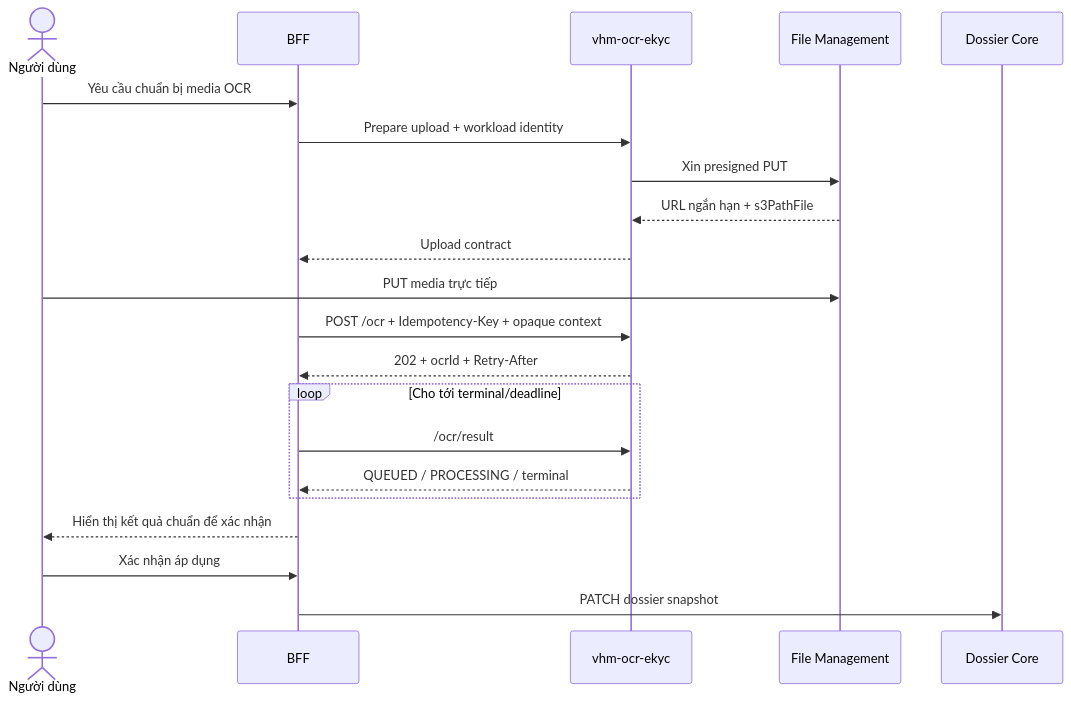
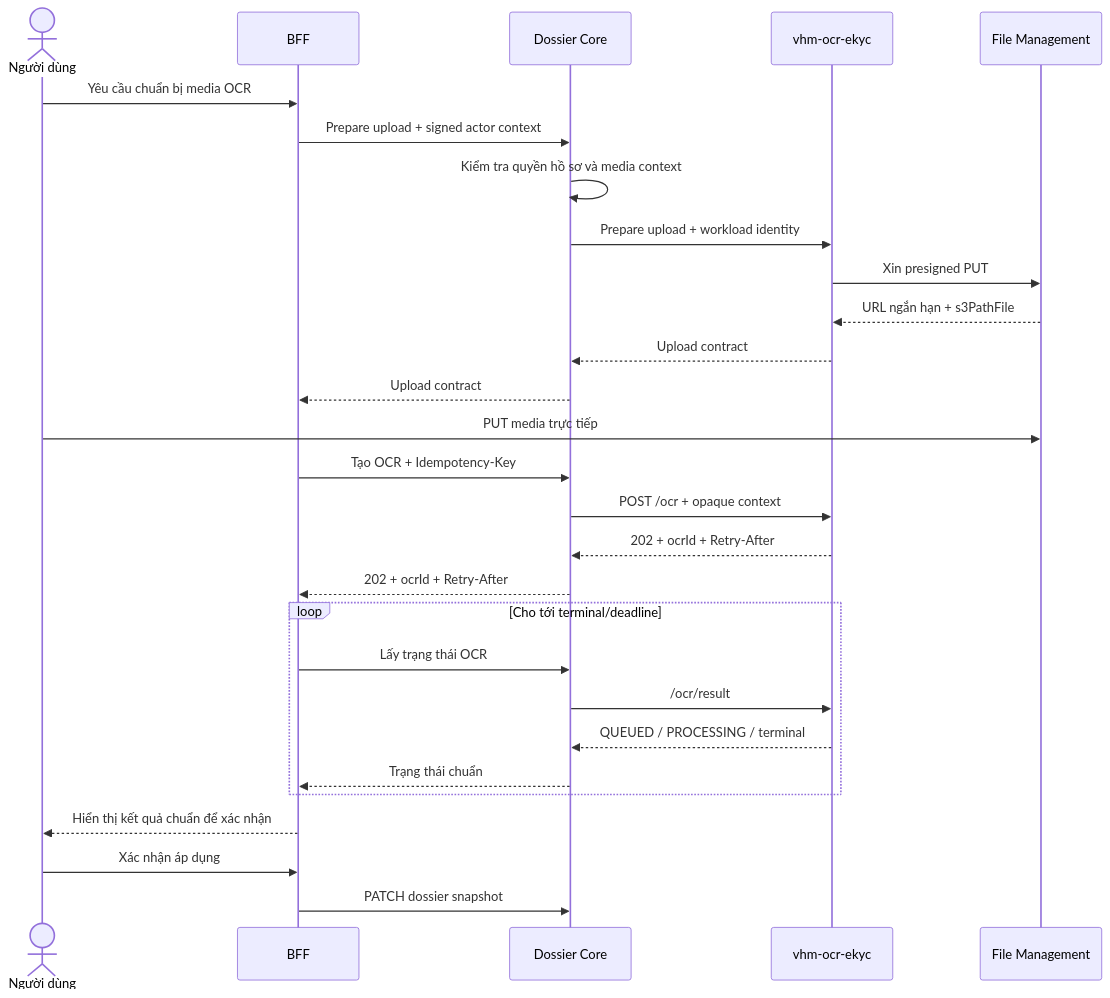
One commit to huynv-xyz/vhm changed the eighth of 9 diagrams in tdd-dossier.md. Above: the diagram before and after it, drawn with Mermaid. The commit also changed other lines of this file, not shown here.

````diff
--- a/tdd-dossier.md
+++ b/tdd-dossier.md
@@ -607,24 +649,31 @@
 ```mermaid
 sequenceDiagram
     actor U as Người dùng
     participant B as BFF
+    participant C as Dossier Core
     participant O as vhm-ocr-ekyc
     participant F as File Management
-    participant C as Dossier Core
 
     U->>B: Yêu cầu chuẩn bị media OCR
-    B->>O: Prepare upload + workload identity
+    B->>C: Prepare upload + signed actor context
+    C->>C: Kiểm tra quyền hồ sơ và media context
+    C->>O: Prepare upload + workload identity
     O->>F: Xin presigned PUT
     F-->>O: URL ngắn hạn + s3PathFile
-    O-->>B: Upload contract
+    O-->>C: Upload contract
+    C-->>B: Upload contract
     U->>F: PUT media trực tiếp
-    B->>O: POST /ocr + Idempotency-Key + opaque context
-    O-->>B: 202 + ocrId + Retry-After
+    B->>C: Tạo OCR + Idempotency-Key
+    C->>O: POST /ocr + opaque context
+    O-->>C: 202 + ocrId + Retry-After
+    C-->>B: 202 + ocrId + Retry-After
     loop Cho tới terminal/deadline
-        B->>O: /ocr/result
-        O-->>B: QUEUED / PROCESSING / terminal
+        B->>C: Lấy trạng thái OCR
+        C->>O: /ocr/result
+        O-->>C: QUEUED / PROCESSING / terminal
+        C-->>B: Trạng thái chuẩn
     end
     B-->>U: Hiển thị kết quả chuẩn để xác nhận
     U->>B: Xác nhận áp dụng
     B->>C: PATCH dossier snapshot
 ```
````
